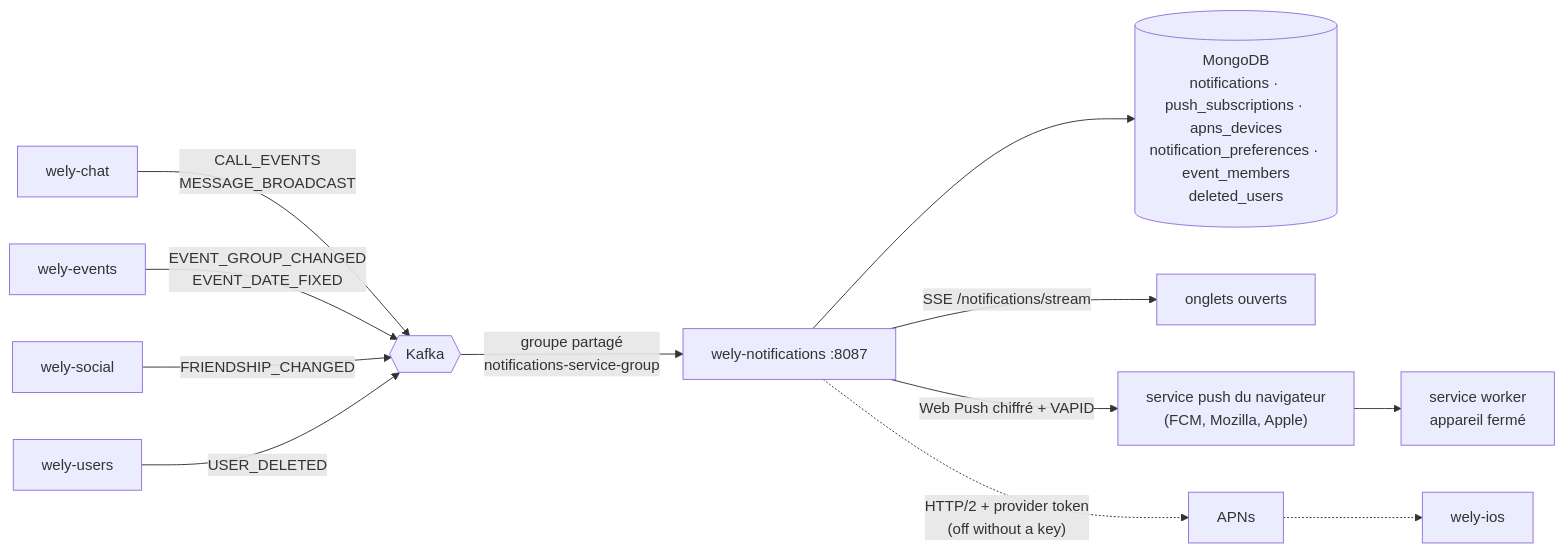
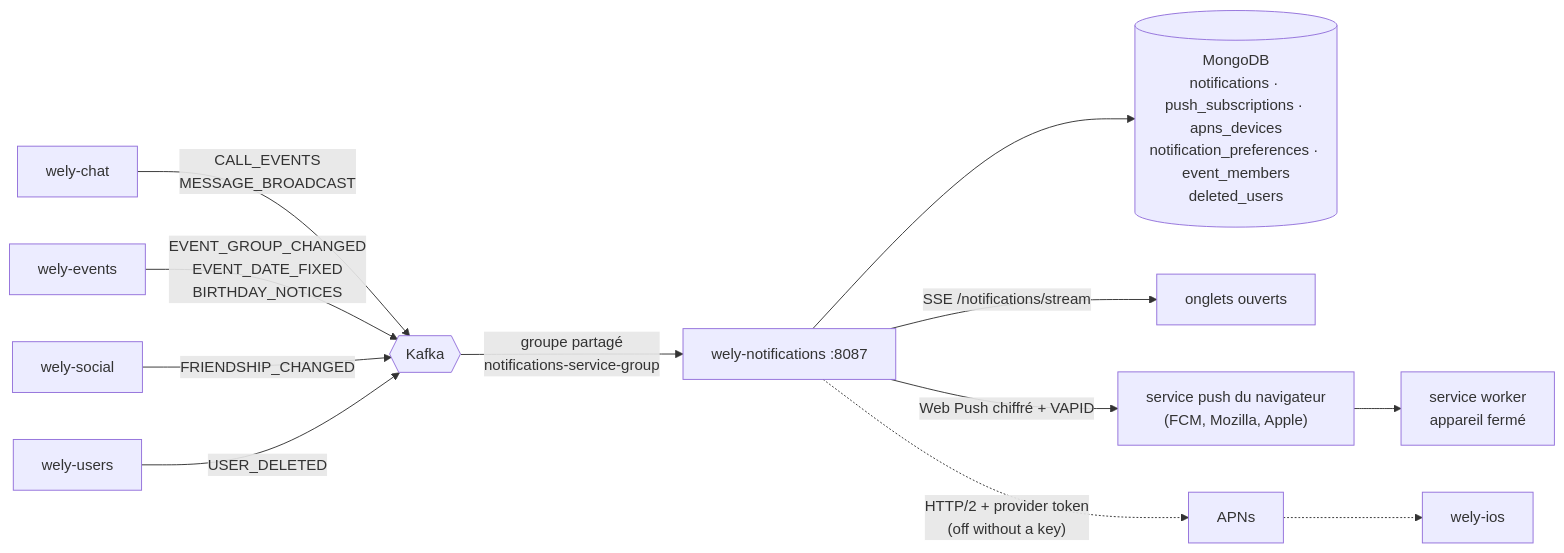
Before and after one commit to WelyLabs/wely-notifications: the diagram in README.md, drawn with Mermaid. The commit also changed other lines of this file and 15 other files, not shown here.

First line of the commit message:
feat(birthdays): notify birthdays and surprises from BIRTHDAY_NOTICES

````diff
--- a/README.md
+++ b/README.md
@@ -39,16 +39,16 @@
 ```mermaid
 graph LR
     CHAT["wely-chat"] -->|"CALL_EVENTS<br/>MESSAGE_BROADCAST"| K{{Kafka}}
-    EVT["wely-events"] -->|"EVENT_GROUP_CHANGED<br/>EVENT_DATE_FIXED"| K
+    EVT["wely-events"] -->|"EVENT_GROUP_CHANGED<br/>EVENT_DATE_FIXED<br/>BIRTHDAY_NOTICES"| K
     SOC["wely-social"] -->|"FRIENDSHIP_CHANGED"| K
     USR["wely-users"] -->|"USER_DELETED"| K
 
     K -->|"groupe partagé<br/>notifications-service-group"| N["wely-notifications :8087"]
 
     N --> DB[("MongoDB<br/>notifications · push_subscriptions · apns_devices<br/>notification_preferences · event_members<br/>deleted_users")]
     N -->|"SSE /notifications/stream"| WEB["onglets ouverts"]
     N -->|"Web Push chiffré + VAPID"| PS["service push du navigateur<br/>(FCM, Mozilla, Apple)"]
     PS --> SW["service worker<br/>appareil fermé"]
     N -.->|"HTTP/2 + provider token<br/>(off without a key)"| APNS["APNs"]
     APNS -.-> IOS["wely-ios"]
 ```
````
